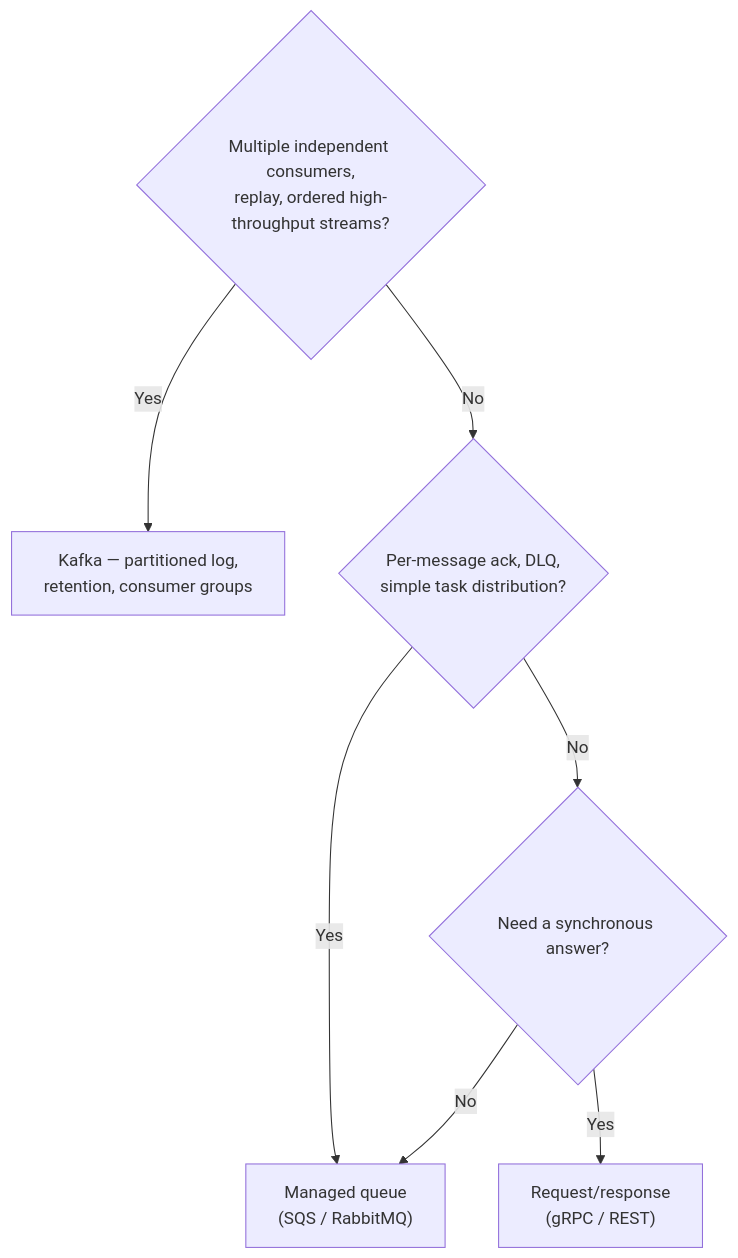
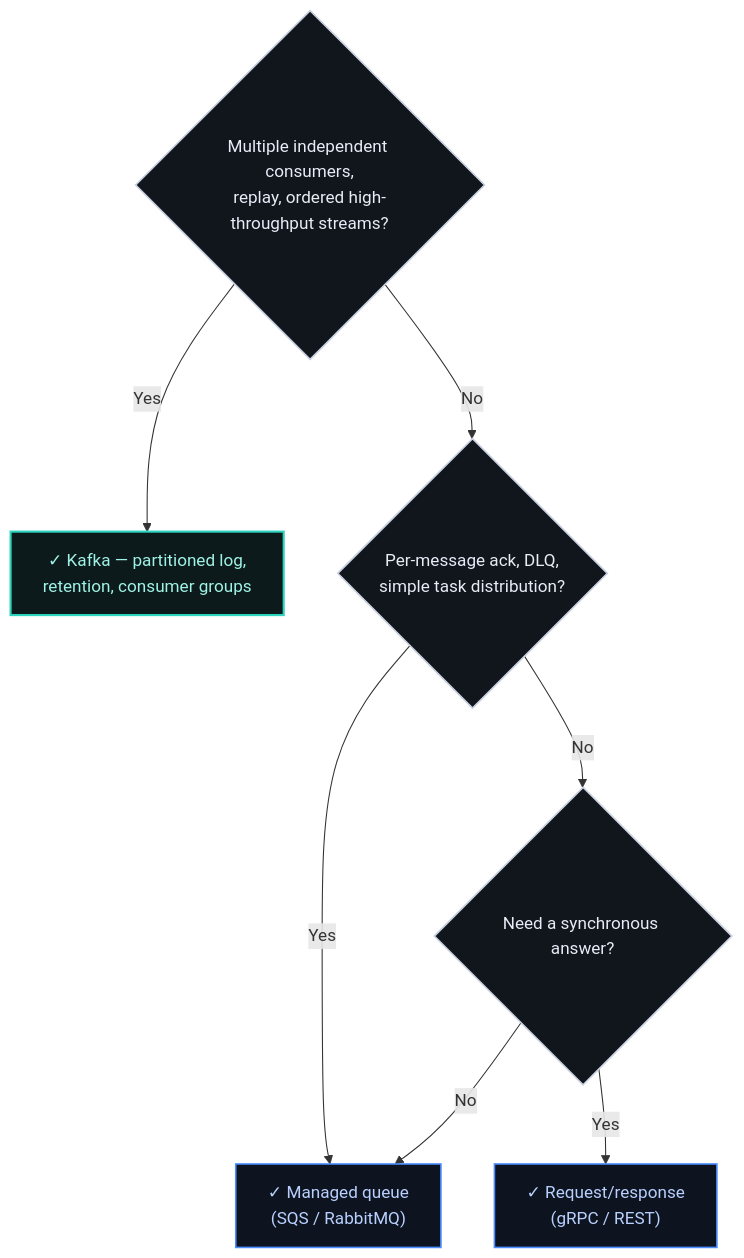
Before and after one commit to raghavarora12/engineering-playbook: the second of 2 diagrams in adrs/006-kafka-for-payment-events.md, drawn with Mermaid. The commit also changed other lines of this file and 10 other files, not shown here.

````diff
--- a/adrs/006-kafka-for-payment-events.md
+++ b/adrs/006-kafka-for-payment-events.md
@@ -52,10 +69,17 @@
 ```mermaid
 flowchart TD
     Q1{"Multiple independent consumers,<br/>replay, ordered high-throughput streams?"}
-    Q1 -- Yes --> K["Kafka — partitioned log,<br/>retention, consumer groups"]
+    Q1 -- Yes --> K["✓ Kafka — partitioned log,<br/>retention, consumer groups"]
     Q1 -- No --> Q2{"Per-message ack, DLQ,<br/>simple task distribution?"}
-    Q2 -- Yes --> QUE["Managed queue<br/>(SQS / RabbitMQ)"]
+    Q2 -- Yes --> QUE["✓ Managed queue<br/>(SQS / RabbitMQ)"]
     Q2 -- No --> Q3{"Need a synchronous answer?"}
-    Q3 -- Yes --> RPC["Request/response<br/>(gRPC / REST)"]
+    Q3 -- Yes --> RPC["✓ Request/response<br/>(gRPC / REST)"]
     Q3 -- No --> QUE
+
+    classDef decision fill:#11151c,stroke:#c7cfe0,stroke-width:1.5px,color:#e7ecf7
+    classDef good fill:#0d1a1c,stroke:#2dd4bf,stroke-width:2px,color:#9ff3e6
+    classDef neutral fill:#0d1420,stroke:#4c8dff,stroke-width:1.5px,color:#b9d0ff
+    class Q1,Q2,Q3 decision
+    class K good
+    class QUE,RPC neutral
 ```
````
